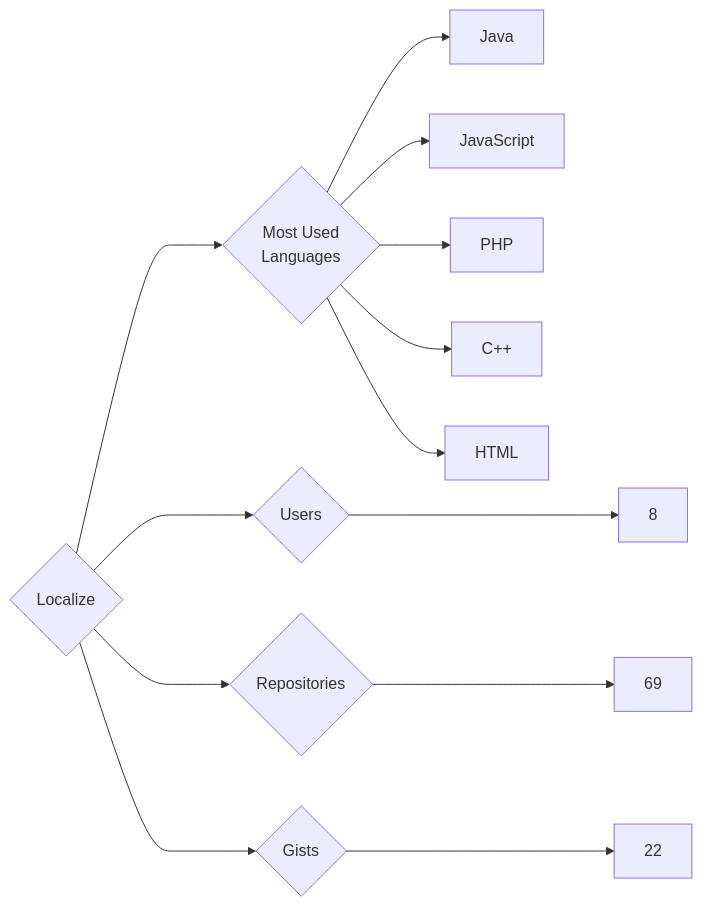
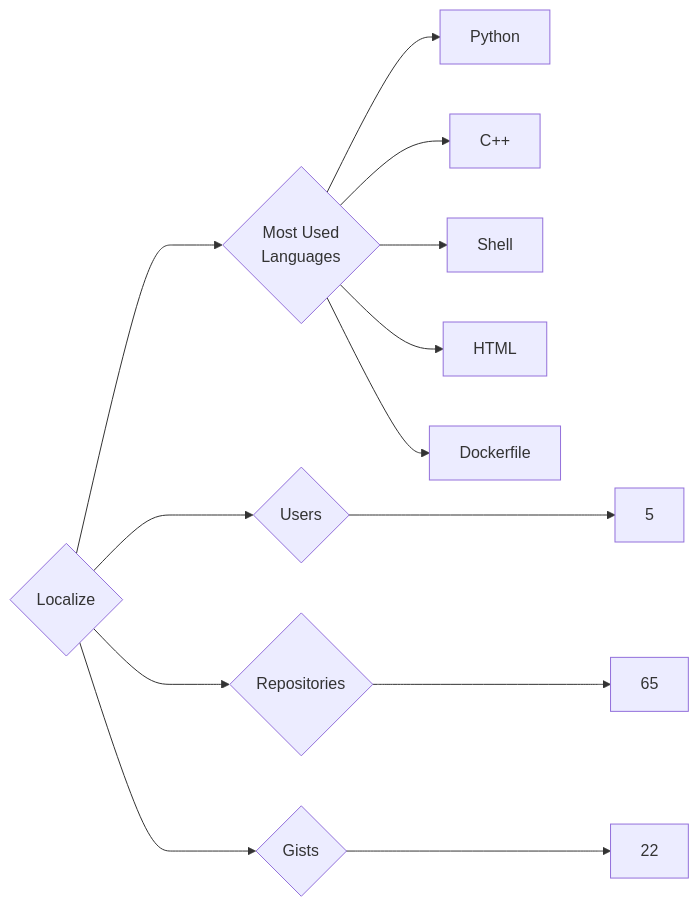
One commit to trickest/insiders changed the diagram in targets/Localize/README.md. Above: the diagram before and after it, drawn with Mermaid. The commit also changed 916 other files, not shown here.

````diff
--- a/targets/Localize/README.md
+++ b/targets/Localize/README.md
@@ -3,13 +3,13 @@
 ```mermaid
 graph LR
 COMPANY_NAME{Localize}
-COMPANY_NAME ---> U{Users} ---> UN[8]
-COMPANY_NAME ---> R{Repositories} ---> RN[69]
+COMPANY_NAME ---> U{Users} ---> UN[5]
+COMPANY_NAME ---> R{Repositories} ---> RN[65]
 COMPANY_NAME ---> G{Gists} ---> GN[22]
 COMPANY_NAME ---> ML{Most Used<br>Languages}
-ML --> Java[Java]
-ML --> JavaScript[JavaScript]
-ML --> PHP[PHP]
+ML --> Python[Python]
 ML --> C++[C++]
+ML --> Shell[Shell]
 ML --> HTML[HTML]
+ML --> Dockerfile[Dockerfile]
 ```
````
